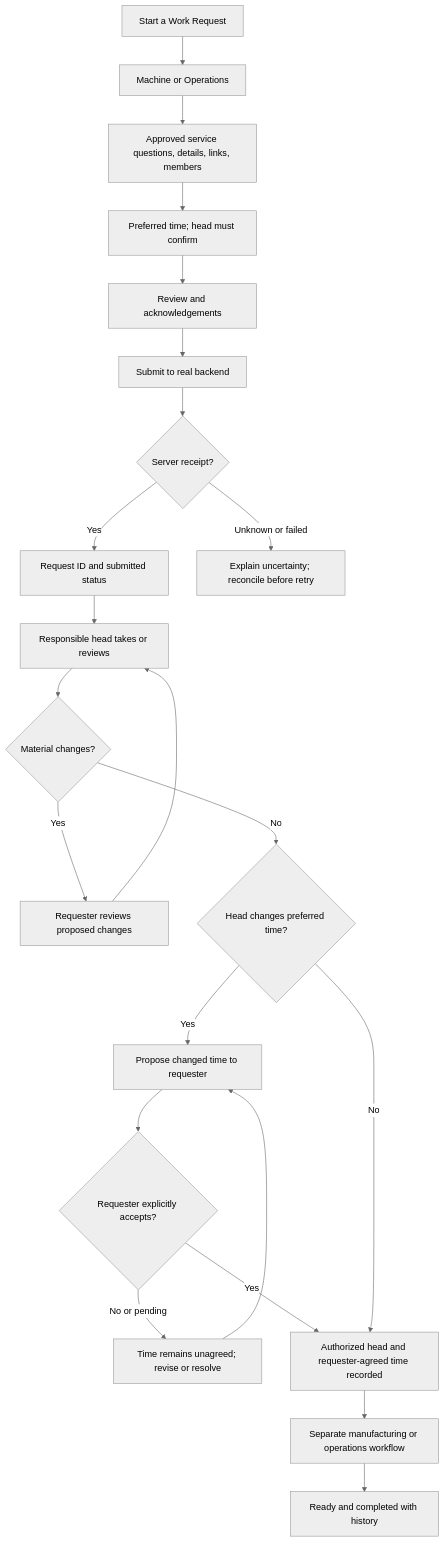
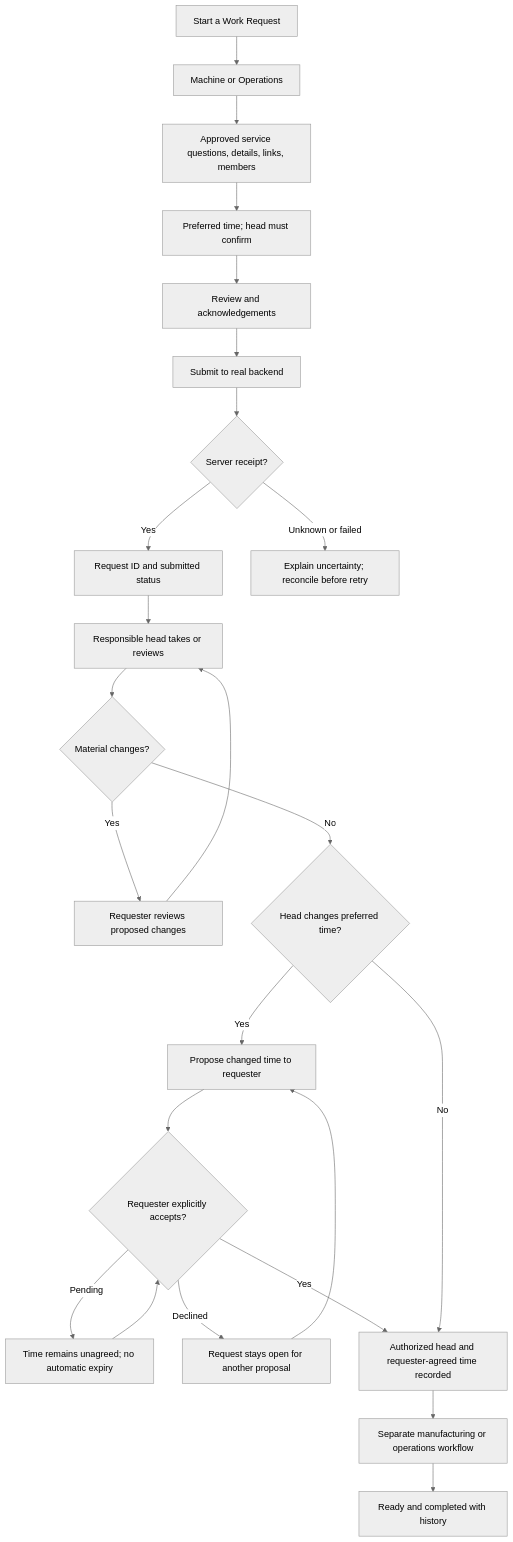
The second of 3 diagrams in docs/experience.md (MEC-IDEALAB/IDEALAB-MEC-WEB), drawn with Mermaid (neutral theme) before and after one commit. The commit also changed other lines of this file and 148 other files, not shown here.

````diff
--- a/docs/experience.md
+++ b/docs/experience.md
@@ -43,24 +287,26 @@
 ```mermaid
 flowchart TD
   Start[Start a Work Request] --> Type[Machine or Operations]
   Type --> Details[Approved service questions, details, links, members]
   Details --> Time[Preferred time; head must confirm]
   Time --> Review[Review and acknowledgements]
   Review --> Submit[Submit to real backend]
   Submit --> Receipt{Server receipt?}
   Receipt -->|Yes| Pending[Request ID and submitted status]
   Receipt -->|Unknown or failed| Recover[Explain uncertainty; reconcile before retry]
   Pending --> Head[Responsible head takes or reviews]
   Head --> Changes{Material changes?}
   Changes -->|Yes| Member[Requester reviews proposed changes]
   Member --> Head
   Changes -->|No| TimeChange{Head changes preferred time?}
   TimeChange -->|Yes| Proposal[Propose changed time to requester]
   Proposal --> Acceptance{Requester explicitly accepts?}
-  Acceptance -->|No or pending| Unagreed[Time remains unagreed; revise or resolve]
+  Acceptance -->|Pending| Awaiting[Time remains unagreed; no automatic expiry]
+  Awaiting --> Acceptance
+  Acceptance -->|Declined| Unagreed[Request stays open for another proposal]
   Unagreed --> Proposal
   Acceptance -->|Yes| Confirm[Authorized head and requester-agreed time recorded]
   TimeChange -->|No| Confirm
   Confirm --> Tasks[Separate manufacturing or operations workflow]
   Tasks --> Pickup[Ready and completed with history]
 ```
````
